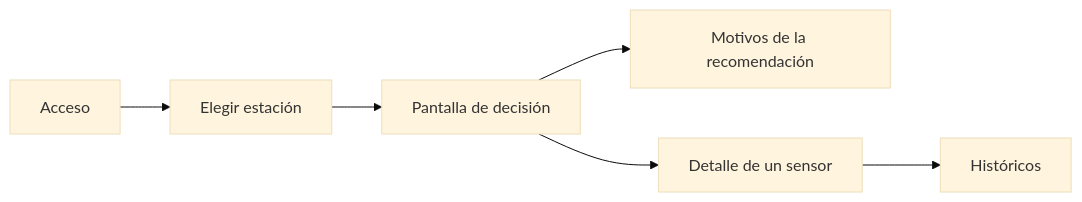
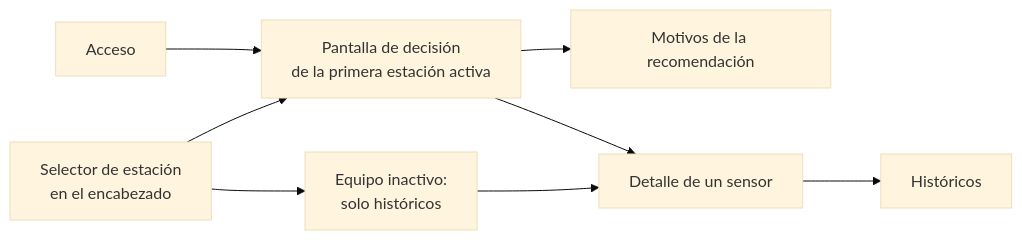
Before and after one commit to LIDR-academy-temp/AI4Devs-finalproject: the first of 5 diagrams in readme.md, drawn with Mermaid (base theme). The commit also changed other lines of this file and 11 other files, not shown here.

````diff
--- a/readme.md
+++ b/readme.md
@@ -127,8 +127,10 @@
 ```mermaid
 flowchart LR
-    A["Acceso"] --> B["Elegir estación"]
-    B --> C["Pantalla de decisión"]
+    A["Acceso"] --> C["Pantalla de decisión<br/>de la primera estación activa"]
+    B["Selector de estación<br/>en el encabezado"] --> C
+    B --> G["Equipo inactivo:<br/>solo históricos"]
     C --> D["Motivos de la recomendación"]
     C --> E["Detalle de un sensor"]
+    G --> E
     E --> F["Históricos"]
 ```
````
